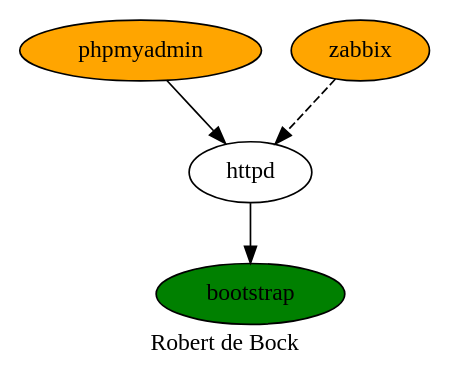
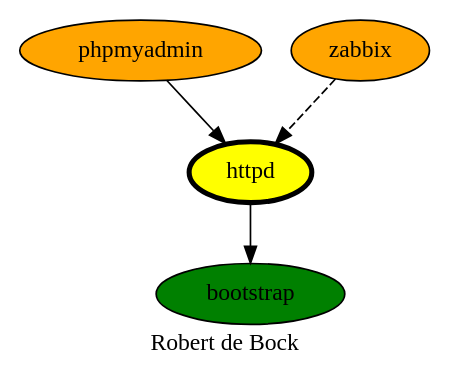
The diagram in httpd.dot (robertdebock/robertdebock.github.io), drawn with Graphviz before and after one commit.

Commit message:
Fixing httpd

```diff
--- a/httpd.dot
+++ b/httpd.dot
@@ -1,12 +1,13 @@
 digraph PhiloDilemma {
   label = "Robert de Bock" ;
   overlap=false
   {
     bootstrap [fillcolor=green style=filled]
+    httpd [fillcolor=yellow style=filled penwidth=3]
     phpmyadmin [fillcolor=orange style=filled]
     zabbix [fillcolor=orange style=filled]
   }
   httpd -> bootstrap
   phpmyadmin -> httpd
   zabbix -> httpd [style=dashed]
 }
```
